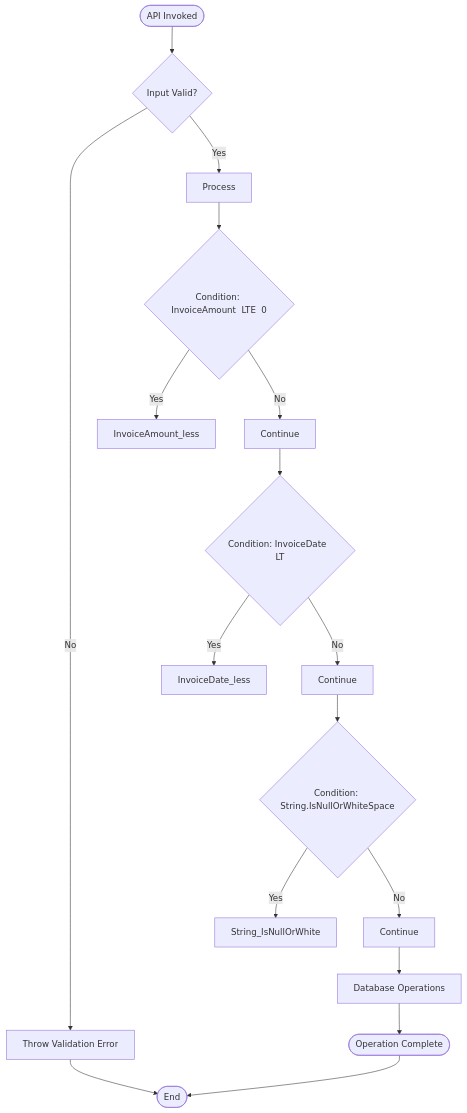
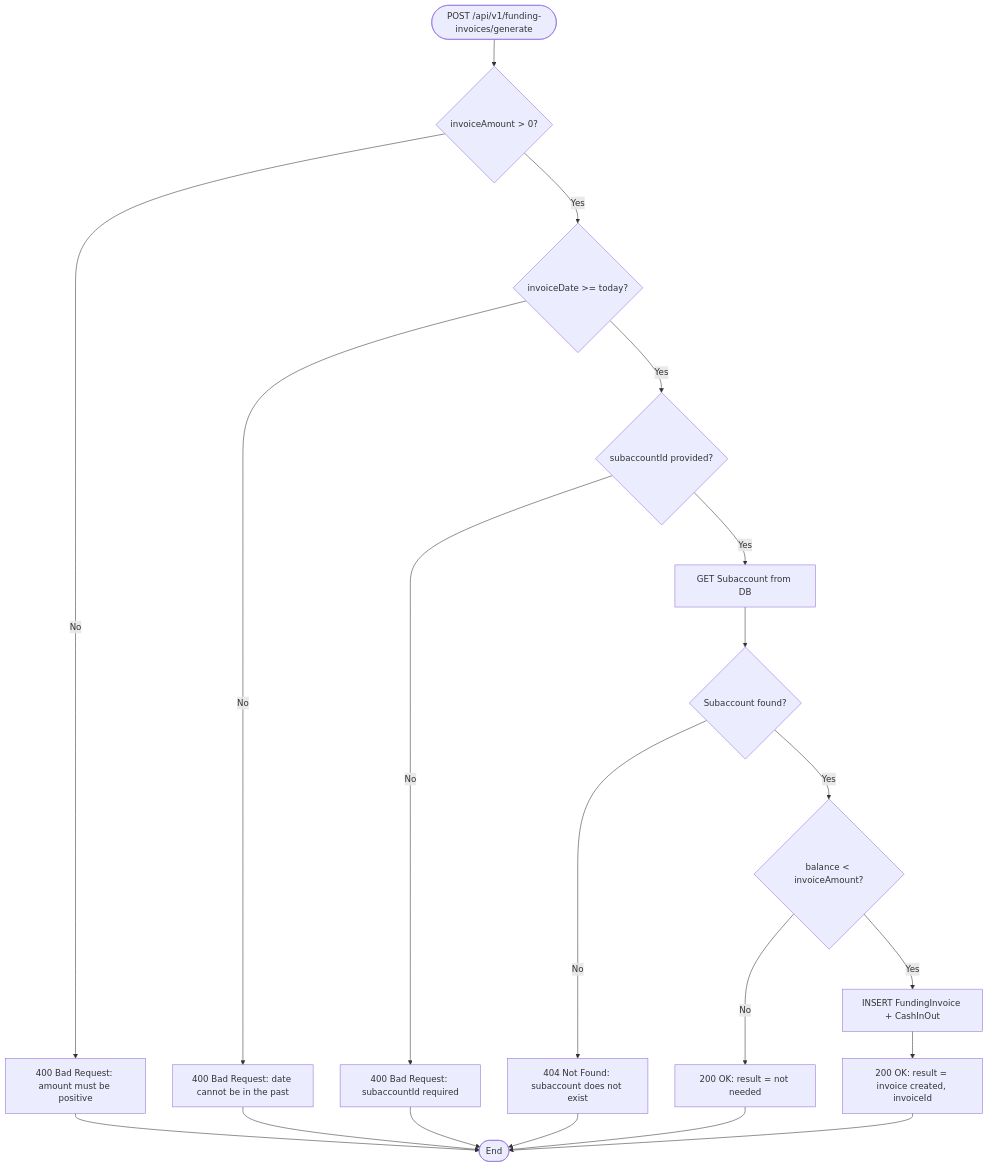
One commit to asifhussain60/CORTEX changed the diagram in _workspaces/sts/sample-apps/_Real/account-api-specs/specifications/xgeneratefundinginvoice/diagrams/flowchart.mmd. Above: the diagram before and after it, drawn with Mermaid. The commit also changed 22 other files, not shown here.

```diff
--- a/_workspaces/sts/sample-apps/_Real/account-api-specs/specifications/xgeneratefundinginvoice/diagrams/flowchart.mmd
+++ b/_workspaces/sts/sample-apps/_Real/account-api-specs/specifications/xgeneratefundinginvoice/diagrams/flowchart.mmd
@@ -1,19 +1,25 @@
 flowchart TD
-    Start([API Invoked]) --> Validate
-    Validate{Input Valid?}
-    Validate -->|No| Error1[Throw Validation Error]
-    Validate -->|Yes| Process
-    Process --> Check1{Condition: InvoiceAmount  LTE  0}
-    Check1 -->|Yes| Rule1[InvoiceAmount_less]
-    Check1 -->|No| Next1[Continue]
-    Next1 --> Check2{Condition: InvoiceDate  LT}
-    Check2 -->|Yes| Rule2[InvoiceDate_less]
-    Check2 -->|No| Next2[Continue]
-    Next2 --> Check3{Condition: String.IsNullOrWhiteSpace}
-    Check3 -->|Yes| Rule3[String_IsNullOrWhite]
-    Check3 -->|No| Next3[Continue]
-    Next3 --> DB[Database Operations]
-    DB --> Complete
-    Complete([Operation Complete])
-    Error1 --> End([End])
-    Complete --> End([End])
+    Start([POST /api/v1/funding-invoices/generate]) --> CheckAmount
+    CheckAmount{invoiceAmount > 0?}
+    CheckAmount -->|No| ErrAmount[400 Bad Request: amount must be positive]
+    CheckAmount -->|Yes| CheckDate
+    CheckDate{invoiceDate >= today?}
+    CheckDate -->|No| ErrDate[400 Bad Request: date cannot be in the past]
+    CheckDate -->|Yes| CheckId
+    CheckId{subaccountId provided?}
+    CheckId -->|No| ErrId[400 Bad Request: subaccountId required]
+    CheckId -->|Yes| LookupAccount
+    LookupAccount[GET Subaccount from DB]
+    LookupAccount --> AccountFound{Subaccount found?}
+    AccountFound -->|No| Err404[404 Not Found: subaccount does not exist]
+    AccountFound -->|Yes| PegCheck
+    PegCheck{balance < invoiceAmount?}
+    PegCheck -->|No| NotNeeded[200 OK: result = not needed]
+    PegCheck -->|Yes| CreateInvoice[INSERT FundingInvoice + CashInOut]
+    CreateInvoice --> Created[200 OK: result = invoice created, invoiceId]
+    ErrAmount --> End([End])
+    ErrDate --> End
+    ErrId --> End
+    Err404 --> End
+    NotNeeded --> End
+    Created --> End
```
